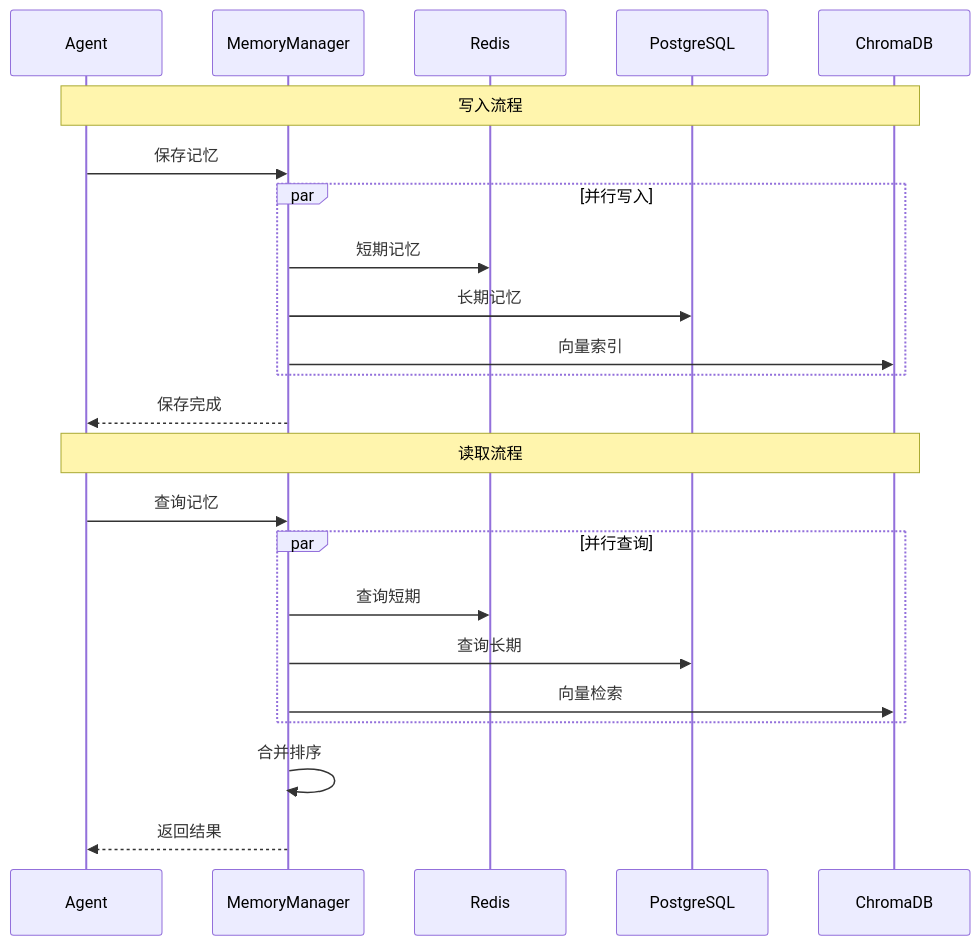
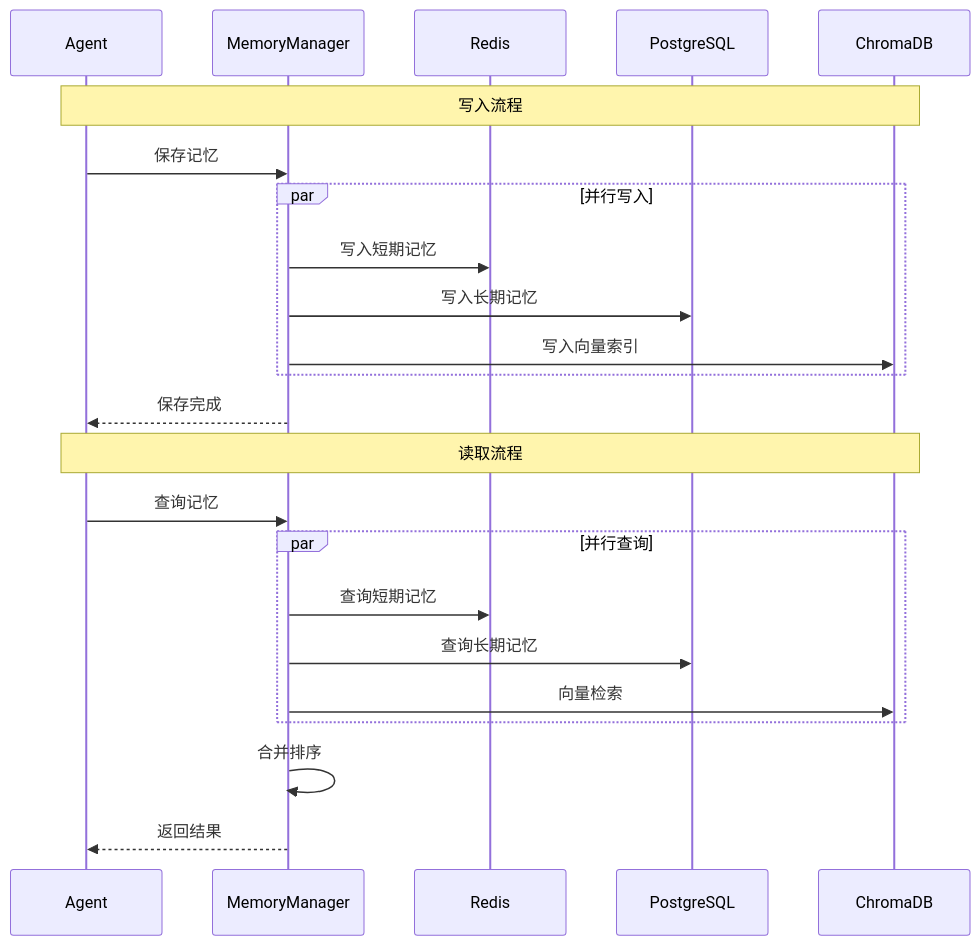
One commit to Aiting-for-you/OpsPilot changed the second of 2 diagrams in OpsPilot/docs/architecture/module-memory.md. Above: the diagram before and after it, drawn with Mermaid. The commit also changed other lines of this file and 6 other files, not shown here.

Commit message:
style: 重构架构图设计，采用C4模型原则

````diff
--- a/OpsPilot/docs/architecture/module-memory.md
+++ b/OpsPilot/docs/architecture/module-memory.md
@@ -38,27 +42,27 @@
 ```mermaid
 sequenceDiagram
-    participant Agent as Agent
-    participant Mem as MemoryManager
-    participant Short as Redis
-    participant Long as PostgreSQL
-    participant KB as ChromaDB
+    participant A as Agent
+    participant M as MemoryManager
+    participant S as Redis
+    participant L as PostgreSQL
+    participant K as ChromaDB
 
-    Note over Agent,KB: 写入流程
-    Agent->>Mem: 保存记忆
+    Note over A,K: 写入流程
+    A->>M: 保存记忆
     par 并行写入
-        Mem->>Short: 短期记忆
-        Mem->>Long: 长期记忆
-        Mem->>KB: 向量索引
+        M->>S: 写入短期记忆
+        M->>L: 写入长期记忆
+        M->>K: 写入向量索引
     end
-    Mem-->>Agent: 保存完成
-    
-    Note over Agent,KB: 读取流程
-    Agent->>Mem: 查询记忆
+    M-->>A: 保存完成
+
+    Note over A,K: 读取流程
+    A->>M: 查询记忆
     par 并行查询
-        Mem->>Short: 查询短期
-        Mem->>Long: 查询长期
-        Mem->>KB: 向量检索
+        M->>S: 查询短期记忆
+        M->>L: 查询长期记忆
+        M->>K: 向量检索
     end
-    Mem->>Mem: 合并排序
-    Mem-->>Agent: 返回结果
+    M->>M: 合并排序
+    M-->>A: 返回结果
 ```
````
